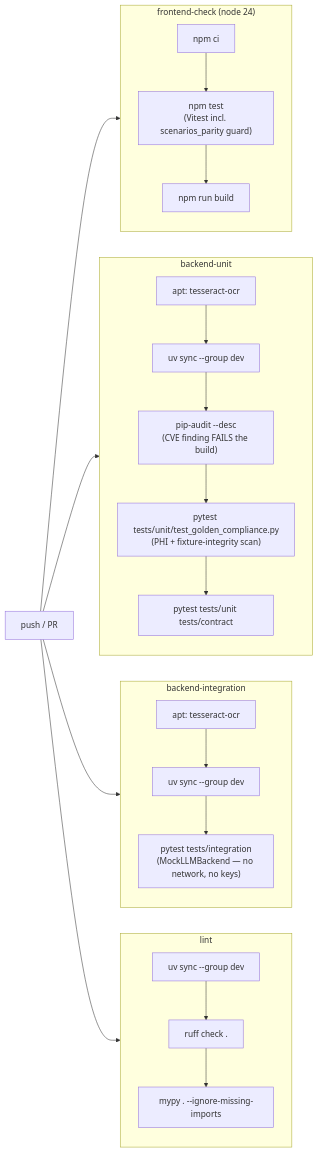
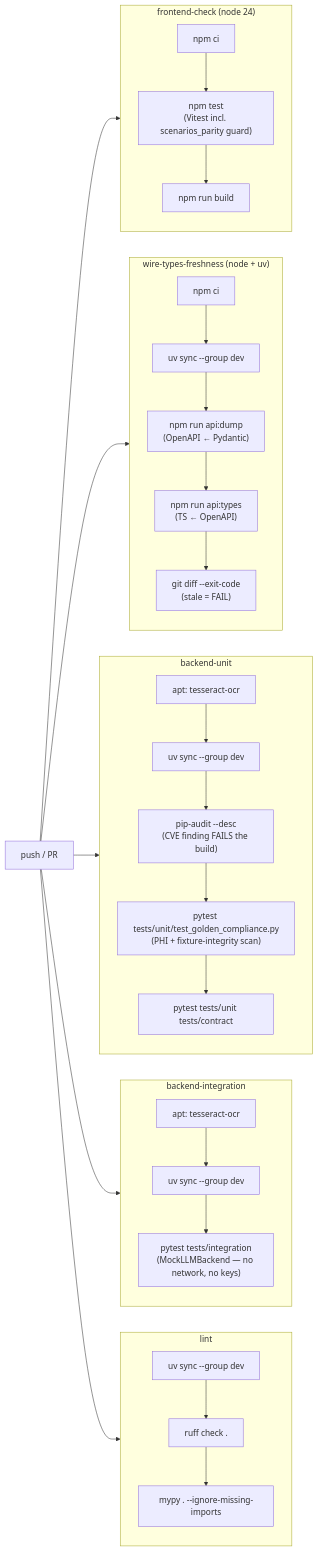
The first of 2 diagrams in docs/architecture/08-deployment-ci.md (mcruz90/paxos-demo), drawn with Mermaid before and after one commit. The commit also changed other lines of this file and 11 other files, not shown here.

First line of the commit message:
feat(wire-types): generate TypeScript wire types from OpenAPI (Pydantic is authored source)

````diff
--- a/docs/architecture/08-deployment-ci.md
+++ b/docs/architecture/08-deployment-ci.md
@@ -12,20 +12,24 @@
 ```mermaid
 flowchart LR
-    push["push / PR"] --> fe & bu & bi & lint
+    push["push / PR"] --> fe & wt & bu & bi & lint
 
     subgraph fe ["frontend-check (node 24)"]
         f1["npm ci"] --> f2["npm test<br/>(Vitest incl. scenarios_parity guard)"] --> f3["npm run build"]
+    end
+
+    subgraph wt ["wire-types-freshness (node + uv)"]
+        w1["npm ci"] --> w2["uv sync --group dev"] --> w3["npm run api:dump<br/>(OpenAPI ← Pydantic)"] --> w4["npm run api:types<br/>(TS ← OpenAPI)"] --> w5["git diff --exit-code<br/>(stale = FAIL)"]
     end
 
     subgraph bu ["backend-unit"]
         b0["apt: tesseract-ocr"] --> b1["uv sync --group dev"] --> b2["pip-audit --desc<br/>(CVE finding FAILS the build)"] --> b3["pytest tests/unit/test_golden_compliance.py<br/>(PHI + fixture-integrity scan)"] --> b4["pytest tests/unit tests/contract"]
     end
 
     subgraph bi ["backend-integration"]
         i0["apt: tesseract-ocr"] --> i1["uv sync --group dev"] --> i2["pytest tests/integration<br/>(MockLLMBackend — no network, no keys)"]
     end
 
     subgraph lint ["lint"]
         l1["uv sync --group dev"] --> l2["ruff check ."] --> l3["mypy . --ignore-missing-imports"]
     end
 ```
````
